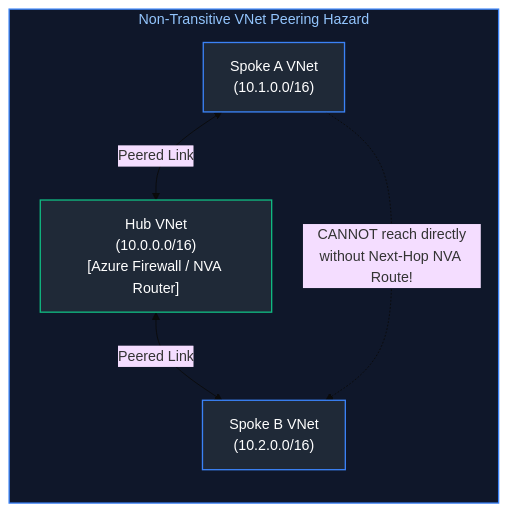
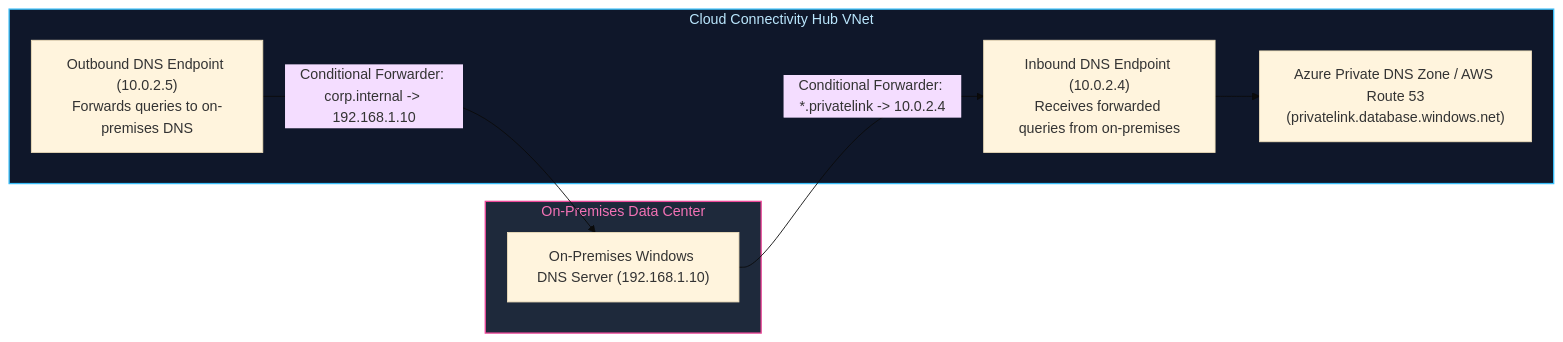
Before and after one commit to joydeep-biswas/Interview-Preparation: the tenth of 13 diagrams in Cloud Engineering/05_cloud_networking_and_infrastructure_design.md, drawn with Mermaid (base theme). The commit also changed other lines of this file and 143 other files, not shown here.

````diff
--- a/Cloud Engineering/05_cloud_networking_and_infrastructure_design.md
+++ b/Cloud Engineering/05_cloud_networking_and_infrastructure_design.md
@@ -268,17 +426,19 @@
 ```mermaid
 flowchart LR
-    subgraph NonTransitive ["Non-Transitive VNet Peering Hazard"]
-        SpokeA["Spoke A VNet<br/>(10.1.0.0/16)"]
-        Hub["Hub VNet<br/>(10.0.0.0/16)<br/>[Azure Firewall / NVA Router]"]
-        SpokeB["Spoke B VNet<br/>(10.2.0.0/16)"]
-
-        SpokeA <-->|"Peered Link"| Hub
-        Hub <-->|"Peered Link"| SpokeB
-        SpokeA -.->|"CANNOT reach directly<br/>without Next-Hop NVA Route!"| SpokeB
+    subgraph OnPrem ["On-Premises Data Center"]
+        OnPremDNS["On-Premises Windows DNS Server (192.168.1.10)"]
     end
 
-    style NonTransitive fill:#0f172a,stroke:#3b82f6,stroke-width:1.5px,color:#93c5fd
-    style SpokeA fill:#1f2937,stroke:#3b82f6,stroke-width:1.5px,color:#fff
-    style Hub fill:#1f2937,stroke:#10b981,stroke-width:1.5px,color:#fff
-    style SpokeB fill:#1f2937,stroke:#3b82f6,stroke-width:1.5px,color:#fff
+    subgraph HubVNet ["Cloud Connectivity Hub VNet"]
+        InboundEndpoint["Inbound DNS Endpoint (10.0.2.4)<br/>Receives forwarded queries from on-premises"]
+        OutboundEndpoint["Outbound DNS Endpoint (10.0.2.5)<br/>Forwards queries to on-premises DNS"]
+        CloudDNS["Azure Private DNS Zone / AWS Route 53<br/>(privatelink.database.windows.net)"]
+    end
+
+    OnPremDNS -->|"Conditional Forwarder: *.privatelink -> 10.0.2.4"| InboundEndpoint
+    InboundEndpoint --> CloudDNS
+    OutboundEndpoint -->|"Conditional Forwarder: corp.internal -> 192.168.1.10"| OnPremDNS
+
+    style OnPrem fill:#1e293b,stroke:#ec4899,stroke-width:1.5px,color:#f472b6
+    style HubVNet fill:#0f172a,stroke:#38bdf8,stroke-width:1.5px,color:#bae6fd
 ```
````
